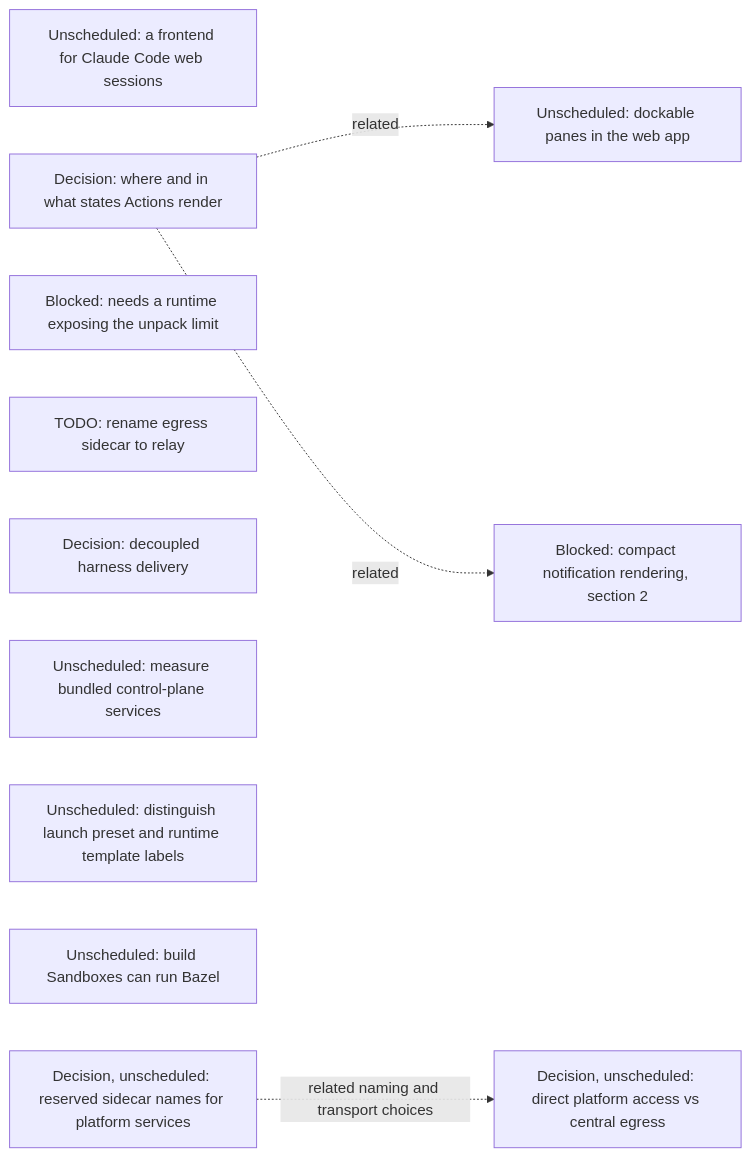
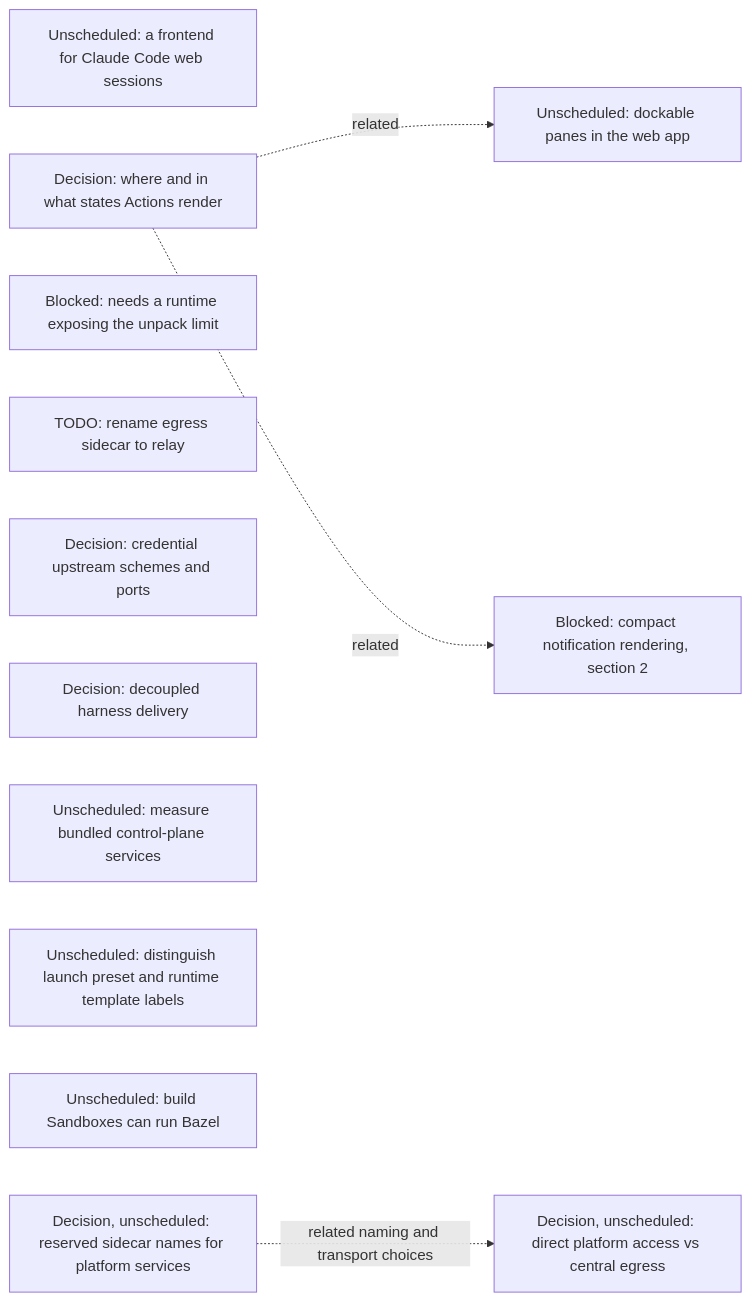
The seventh of 16 diagrams in agentplane/plans/task_dag.md (agentydragon-agent/ducktape), drawn with Mermaid before and after one commit. The commit also changed other lines of this file and 3 other files, not shown here.

First line of the commit message:
Propose credential destination transport grants (#11105)

````diff
--- a/agentplane/plans/task_dag.md
+++ b/agentplane/plans/task_dag.md
@@ -844,18 +844,19 @@
 ```mermaid
 flowchart LR
     CLAUDE_CODE_WEB_BRIDGE[Unscheduled: a frontend for Claude Code web sessions]
     ACTION_SURFACES_DESIGN[Decision: where and in what states Actions render]
     K3S_IMPORT_CONCURRENCY[Blocked: needs a runtime exposing the unpack limit]
     EGRESS_RELAY_RENAME[TODO: rename egress sidecar to relay]
+    EGRESS_CREDENTIAL_TRANSPORT_DESIGN[Decision: credential upstream schemes and ports]
     RUNNER_HARNESS_DELIVERY_DESIGN[Decision: decoupled harness delivery]
     K3S_BUNDLED_SERVICES_SPIKE[Unscheduled: measure bundled control-plane services]
     DOCKABLE_PANES[Unscheduled: dockable panes in the web app]
     ACTION_SURFACES_DESIGN -. related .-> DOCKABLE_PANES
     NOTIFICATION_PRESENTATION[Blocked: compact notification rendering, section 2]
     ACTION_SURFACES_DESIGN -. related .-> NOTIFICATION_PRESENTATION
     SANDBOX_FORM_TERMINOLOGY[Unscheduled: distinguish launch preset and runtime template labels]
     BUILD_BOX_BAZEL[Unscheduled: build Sandboxes can run Bazel]
     PLATFORM_SERVICE_NAMES_DESIGN[Decision, unscheduled: reserved sidecar names for platform services]
     PLATFORM_SERVICE_ROUTING_DESIGN[Decision, unscheduled: direct platform access vs central egress]
     PLATFORM_SERVICE_NAMES_DESIGN -. related naming and transport choices .-> PLATFORM_SERVICE_ROUTING_DESIGN
 ```
````
